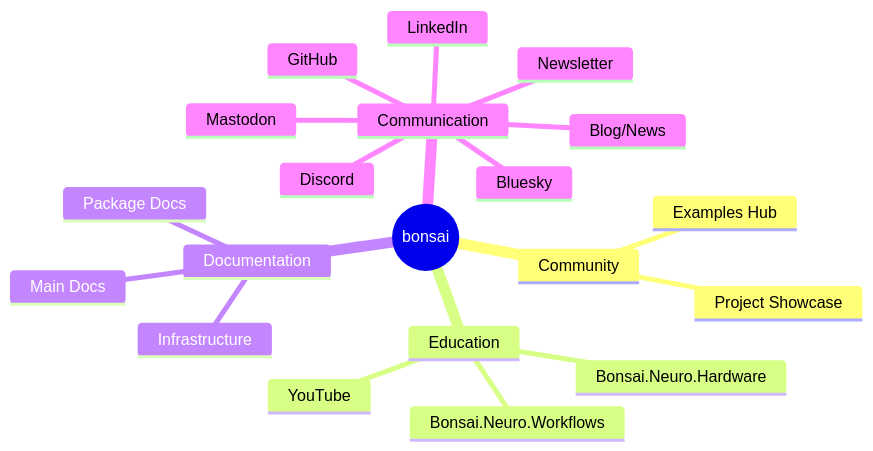
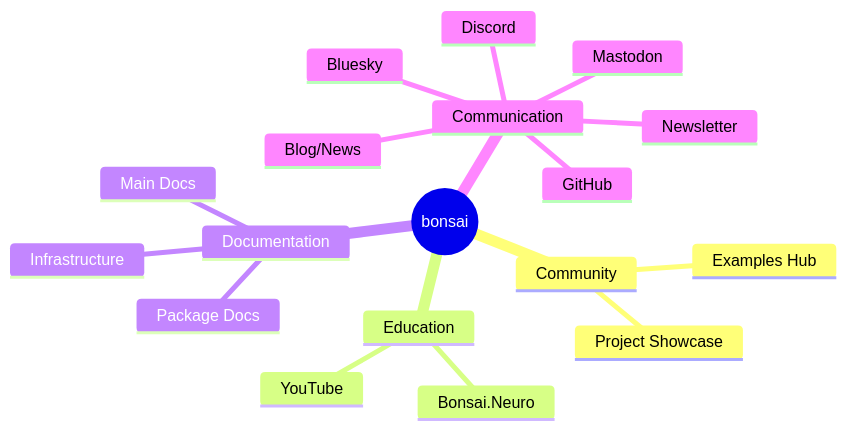
The diagram in README.md (banchan86/bonsai_docs_roadmap), drawn with Mermaid before and after one commit.

````diff
--- a/README.md
+++ b/README.md
@@ -5,23 +5,21 @@
 ```mermaid
 mindmap
   root((bonsai))
     Community
       Examples Hub
       Project Showcase
     Education
-      Bonsai.Neuro.Hardware
-      Bonsai.Neuro.Workflows
+      Bonsai.Neuro
       YouTube
     Documentation
         Infrastructure
         Main Docs
         Package Docs
     Communication
-      LinkedIn
       GitHub
       Discord
       Bluesky
       Mastodon
       Newsletter
       Blog/News
 ```
````
